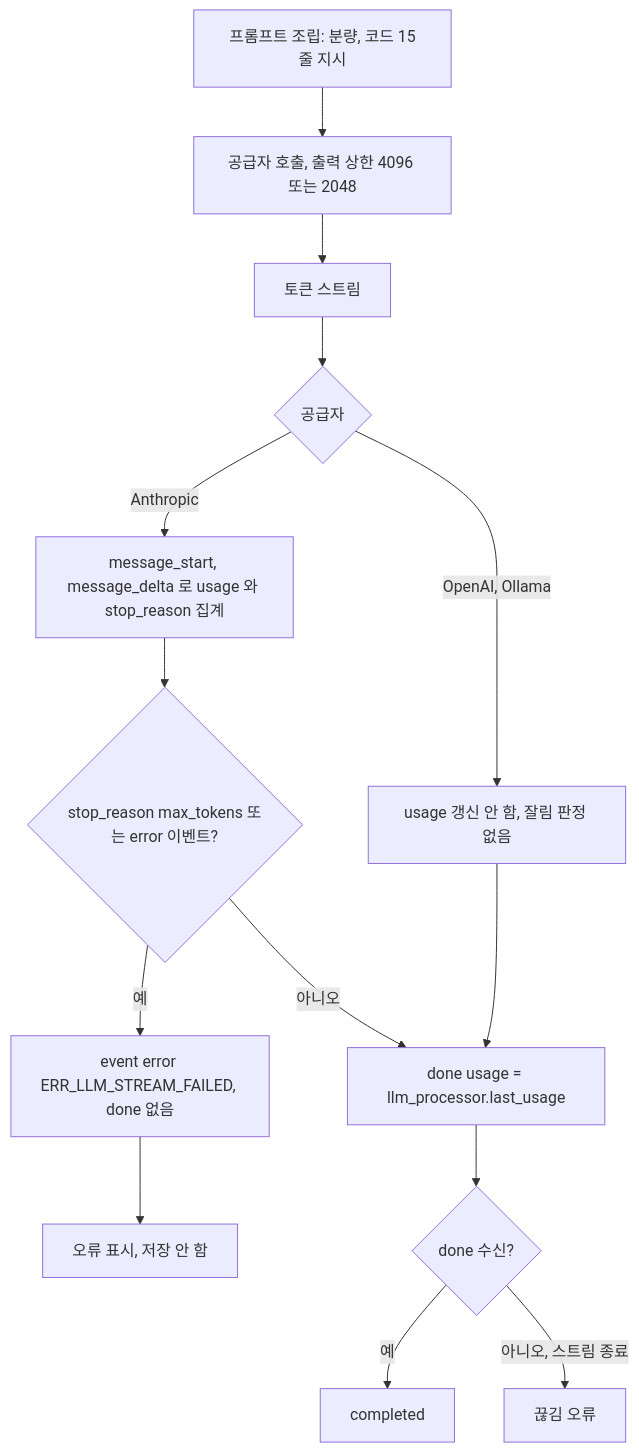
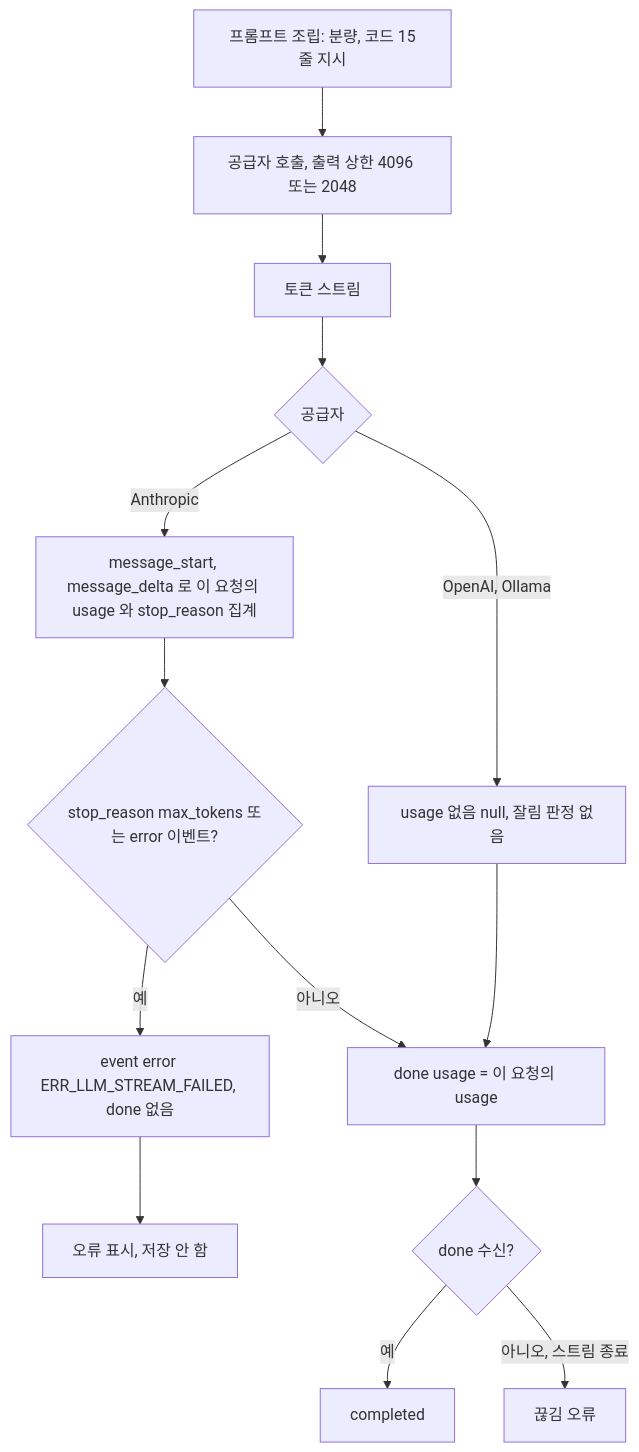
Before and after one commit to ozplayground/agent-lens: diagram 22 of 27 in docs/spec-writer/fsd/02_AI_CHAT_SPECIFICATION.md, drawn with Mermaid. The commit also changed other lines of this file and 216 other files, not shown here.

````diff
--- a/docs/spec-writer/fsd/02_AI_CHAT_SPECIFICATION.md
+++ b/docs/spec-writer/fsd/02_AI_CHAT_SPECIFICATION.md
@@ -1618,16 +1660,16 @@
 ```mermaid
 flowchart TD
     A["프롬프트 조립: 분량, 코드 15줄 지시"] --> B["공급자 호출, 출력 상한 4096 또는 2048"]
     B --> C["토큰 스트림"]
     C --> D{"공급자"}
-    D -->|Anthropic| E["message_start, message_delta 로 usage 와 stop_reason 집계"]
-    D -->|OpenAI, Ollama| F["usage 갱신 안 함, 잘림 판정 없음"]
+    D -->|Anthropic| E["message_start, message_delta 로 이 요청의 usage 와 stop_reason 집계"]
+    D -->|OpenAI, Ollama| F["usage 없음 null, 잘림 판정 없음"]
     E --> E1{"stop_reason max_tokens 또는 error 이벤트?"}
     E1 -->|예| X["event error ERR_LLM_STREAM_FAILED, done 없음"]
-    E1 -->|아니오| G["done usage = llm_processor.last_usage"]
+    E1 -->|아니오| G["done usage = 이 요청의 usage"]
     F --> G
     G --> H{"done 수신?"}
     H -->|예| I["completed"]
     H -->|아니오, 스트림 종료| J["끊김 오류"]
     X --> J2["오류 표시, 저장 안 함"]
 ```
````
